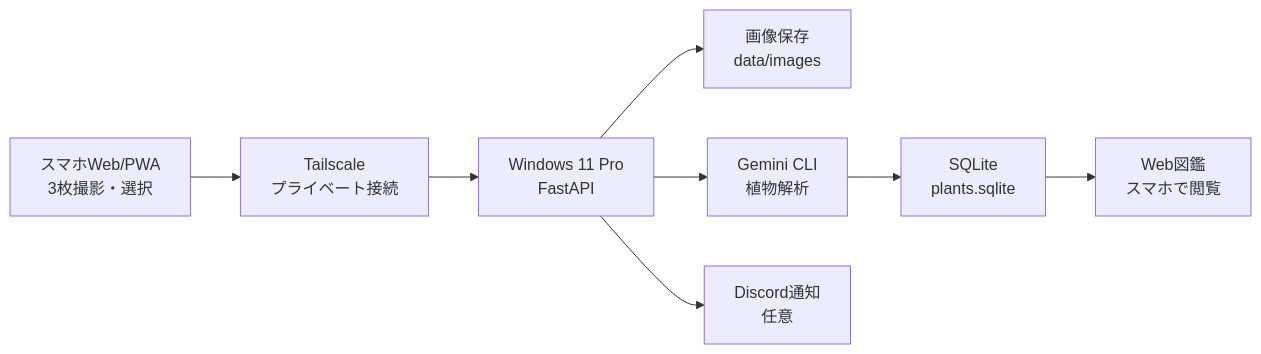
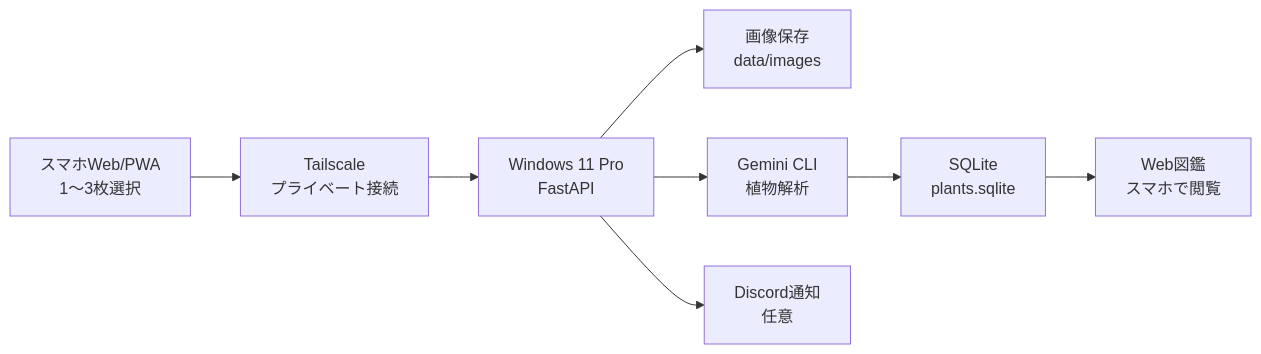
The diagram in docs/SPECIFICATION.md (harunamitrader/AI-Plantgraphy), drawn with Mermaid before and after one commit. The commit also changed other lines of this file and 14 other files, not shown here.

````diff
--- a/docs/SPECIFICATION.md
+++ b/docs/SPECIFICATION.md
@@ -56,10 +56,10 @@
 ```mermaid
 flowchart LR
-  A["スマホWeb/PWA<br/>3枚撮影・選択"] --> B["Tailscale<br/>プライベート接続"]
+  A["スマホWeb/PWA<br/>1〜3枚選択"] --> B["Tailscale<br/>プライベート接続"]
   B --> C["Windows 11 Pro<br/>FastAPI"]
   C --> D["画像保存<br/>data/images"]
   C --> E["Gemini CLI<br/>植物解析"]
   E --> F["SQLite<br/>plants.sqlite"]
   F --> G["Web図鑑<br/>スマホで閲覧"]
   C --> H["Discord通知<br/>任意"]
 ```
````
